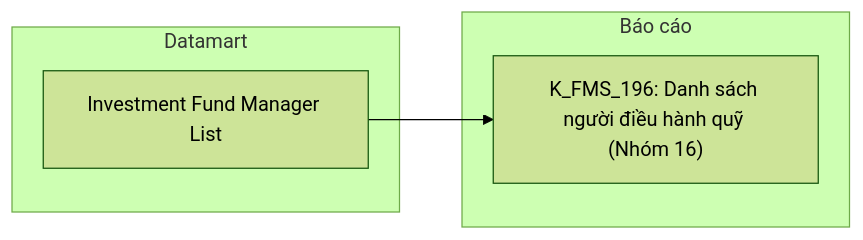
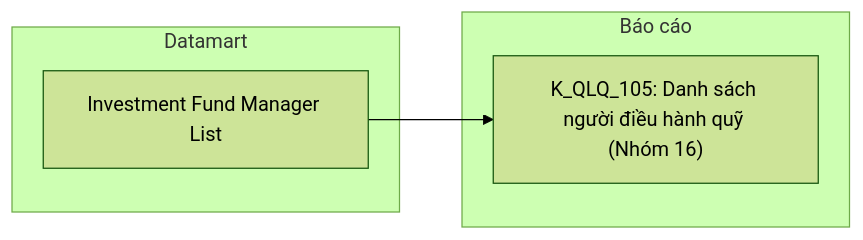
Diagram 26 of 37 in Datamart/hld/DTM_QLQ_HLD.md (linhlvit/ubck_atomic_design), drawn with Mermaid (forest theme) before and after one commit. The commit also changed other lines of this file and 5 other files, not shown here.

````diff
--- a/Datamart/hld/DTM_QLQ_HLD.md
+++ b/Datamart/hld/DTM_QLQ_HLD.md
@@ -1063,10 +1063,10 @@
 ```mermaid
 flowchart LR
     subgraph GOLD["Datamart"]
         G1["Investment Fund Manager List"]
     end
     subgraph RPT["Báo cáo"]
-        R1["K_FMS_196: Danh sách người điều hành quỹ (Nhóm 16)"]
+        R1["K_QLQ_105: Danh sách người điều hành quỹ (Nhóm 16)"]
     end
     G1 --> R1
 ```
````
